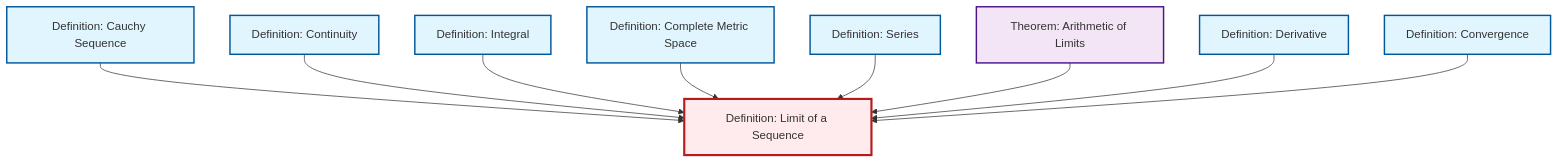
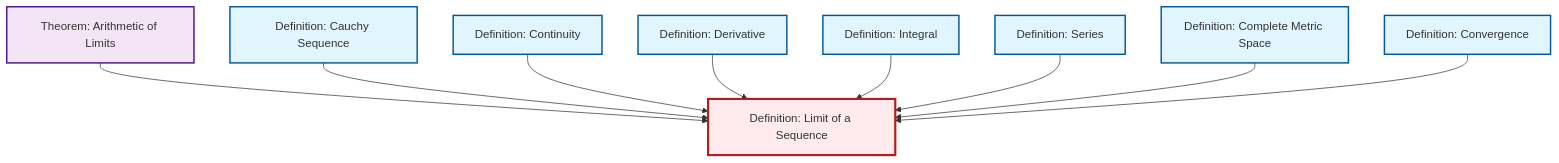
The diagram in content/ja/analysis/def-limit.qmd (RK0429/ModernMath), drawn with Mermaid before and after one commit. The commit also changed other lines of this file and 581 other files, not shown here.

First line of the commit message:
feat: Add epimorphism definition and complete integral domain translations

````diff
--- a/content/ja/analysis/def-limit.qmd
+++ b/content/ja/analysis/def-limit.qmd
@@ -49,35 +49,35 @@
 ```{mermaid}
 %%| fig-cap: "Local dependency graph"
 graph TD
     classDef definition fill:#e1f5fe,stroke:#01579b,stroke-width:2px
     classDef theorem fill:#f3e5f5,stroke:#4a148c,stroke-width:2px
     classDef axiom fill:#fff3e0,stroke:#e65100,stroke-width:2px
     classDef example fill:#e8f5e9,stroke:#1b5e20,stroke-width:2px
     classDef current fill:#ffebee,stroke:#b71c1c,stroke-width:3px
+    thm-limit-arithmetic["Theorem: Arithmetic of Limits"]:::theorem
+    def-integral["Definition: Integral"]:::definition
+    def-convergence["Definition: Convergence"]:::definition
+    def-series["Definition: Series"]:::definition
     def-cauchy-sequence["Definition: Cauchy Sequence"]:::definition
-    thm-limit-arithmetic["Theorem: Arithmetic of Limits"]:::theorem
+    def-limit["Definition: Limit of a Sequence"]:::definition
+    def-derivative["Definition: Derivative"]:::definition
     def-continuity["Definition: Continuity"]:::definition
     def-complete-metric-space["Definition: Complete Metric Space"]:::definition
-    def-series["Definition: Series"]:::definition
-    def-integral["Definition: Integral"]:::definition
-    def-limit["Definition: Limit of a Sequence"]:::definition
-    def-convergence["Definition: Convergence"]:::definition
-    def-derivative["Definition: Derivative"]:::definition
+    thm-limit-arithmetic --> def-limit
     def-cauchy-sequence --> def-limit
     def-continuity --> def-limit
+    def-derivative --> def-limit
     def-integral --> def-limit
+    def-series --> def-limit
     def-complete-metric-space --> def-limit
-    def-series --> def-limit
-    thm-limit-arithmetic --> def-limit
-    def-derivative --> def-limit
     def-convergence --> def-limit
     class def-limit current
+    click thm-limit-arithmetic "thm-limit-arithmetic.html" "Theorem: Arithmetic of Limitsへ"
+    click def-integral "def-integral.html" "Definition: Integralへ"
+    click def-convergence "def-convergence.html" "Definition: Convergenceへ"
+    click def-series "def-series.html" "Definition: Seriesへ"
     click def-cauchy-sequence "def-cauchy-sequence.html" "Definition: Cauchy Sequenceへ"
-    click thm-limit-arithmetic "thm-limit-arithmetic.html" "Theorem: Arithmetic of Limitsへ"
+    click def-derivative "def-derivative.html" "Definition: Derivativeへ"
     click def-continuity "def-continuity.html" "Definition: Continuityへ"
     click def-complete-metric-space "def-complete-metric-space.html" "Definition: Complete Metric Spaceへ"
-    click def-series "def-series.html" "Definition: Seriesへ"
-    click def-integral "def-integral.html" "Definition: Integralへ"
-    click def-convergence "def-convergence.html" "Definition: Convergenceへ"
-    click def-derivative "def-derivative.html" "Definition: Derivativeへ"
 ```
````
